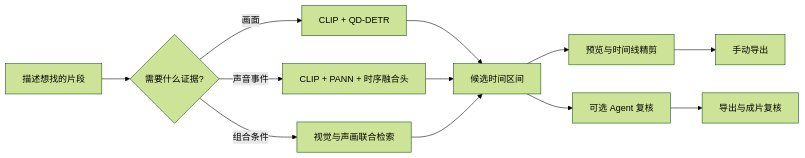
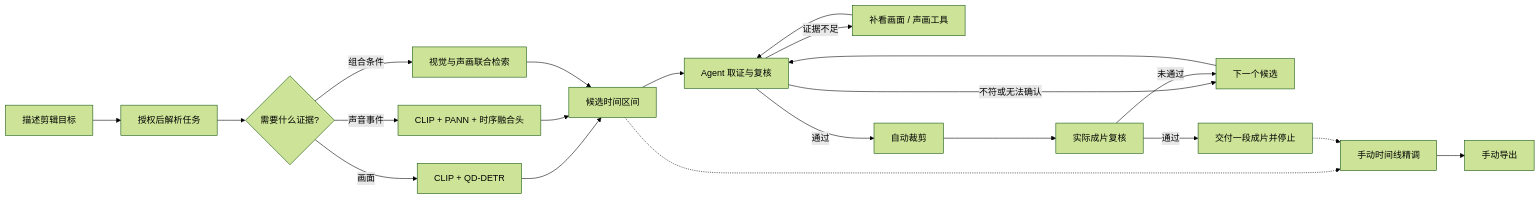
Before and after one commit to lansunny/cutliner: the diagram in README.md, drawn with Mermaid (forest theme). The commit also changed other lines of this file and 11 other files, not shown here.

````diff
--- a/README.md
+++ b/README.md
@@ -43,14 +43,23 @@
 ```mermaid
 flowchart LR
-    Q[描述想找的片段] --> R{需要什么证据?}
+    Q[描述剪辑目标] --> P[授权后解析任务]
+    P --> R{需要什么证据?}
     R -->|画面| V[CLIP + QD-DETR]
     R -->|声音事件| A[CLIP + PANN + 时序融合头]
     R -->|组合条件| H[视觉与声画联合检索]
     V --> C[候选时间区间]
     A --> C
     H --> C
-    C --> P[预览与时间线精剪]
-    C --> G[可选 Agent 复核]
-    G --> E[导出与成片复核]
-    P --> M[手动导出]
+    C --> G[Agent 取证与复核]
+    G -->|证据不足| T[补看画面 / 声画工具]
+    T --> G
+    G -->|不符或无法确认| N[下一个候选]
+    N --> G
+    G -->|通过| E[自动裁剪]
+    E --> F[实际成片复核]
+    F -->|通过| D[交付一段成片并停止]
+    F -->|未通过| N
+    C -.-> M[手动时间线精调]
+    D -.-> M
+    M --> X[手动导出]
 ```
````
